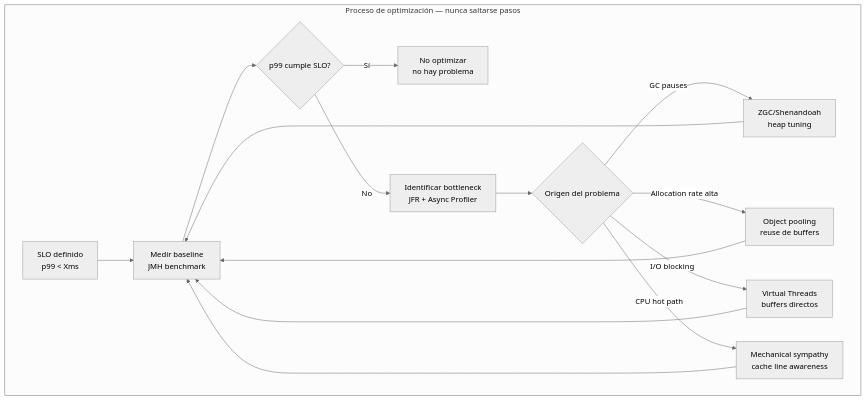
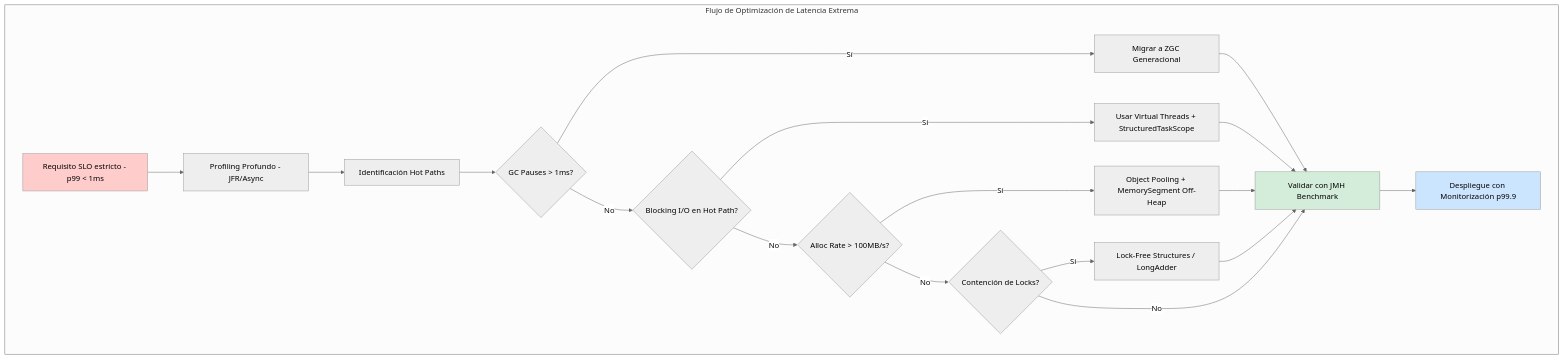
The first of 4 diagrams in 01_Java_Core/optimizacion_de_latencia_en_aplicaciones_java_de_baja_latencia_STAFF.md (Joaquinriosheredia/DAM-Java-Mastery), drawn with Mermaid (neutral theme) before and after one commit. The commit also changed other lines of this file, not shown here.

Commit message:
optimizacion_de_latencia_en_aplicaciones_java_de_baja_latencia_STAFF.md

````diff
--- a/01_Java_Core/optimizacion_de_latencia_en_aplicaciones_java_de_baja_latencia_STAFF.md
+++ b/01_Java_Core/optimizacion_de_latencia_en_aplicaciones_java_de_baja_latencia_STAFF.md
@@ -39,18 +39,31 @@
 ```mermaid
 graph TD
-    subgraph "Proceso de optimización — nunca saltarse pasos"
-        A[SLO definido\np99 < Xms] --> B[Medir baseline\nJMH benchmark]
-        B --> C{p99 cumple SLO?}
-        C -->|Sí| D[No optimizar\nno hay problema]
-        C -->|No| E[Identificar bottleneck\nJFR + Async Profiler]
-        E --> F{Origen del problema}
-        F -->|GC pauses| G[ZGC/Shenandoah\nheap tuning]
-        F -->|Allocation rate alta| H[Object pooling\nreuse de buffers]
-        F -->|I/O blocking| I[Virtual Threads\nbuffers directos]
-        F -->|CPU hot path| J[Mechanical sympathy\ncache line awareness]
-        G --> B
-        H --> B
-        I --> B
-        J --> B
+    subgraph "Flujo de Optimización de Latencia Extrema"
+        REQ[Requisito SLO estricto - p99 < 1ms] --> PROF[Profiling Profundo - JFR/Async]
+        PROF --> HOT[Identificación Hot Paths]
+        
+        HOT --> GC{GC Pauses > 1ms?}
+        GC -->|Sí| ZGC[Migrar a ZGC Generacional]
+        GC -->|No| CONC{Blocking I/O en Hot Path?}
+        
+        CONC -->|Sí| VT[Usar Virtual Threads + StructuredTaskScope]
+        CONC -->|No| ALLOC{Alloc Rate > 100MB/s?}
+        
+        ALLOC -->|Sí| POOL[Object Pooling + MemorySegment Off-Heap]
+        ALLOC -->|No| LOCK{Contención de Locks?}
+        
+        LOCK -->|Sí| LFREE[Lock-Free Structures / LongAdder]
+        LOCK -->|No| VALID[Validar con JMH Benchmark]
+        
+        ZGC --> VALID
+        VT --> VALID
+        POOL --> VALID
+        LFREE --> VALID
+        
+        VALID --> DEPLOY[Despliegue con Monitorización p99.9]
     end
+    
+    style REQ fill:#ffcccc
+    style VALID fill:#d4edda
+    style DEPLOY fill:#cce5ff
 ```
````
